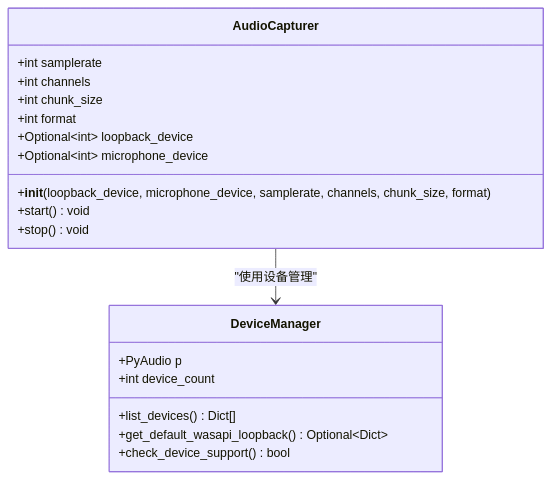
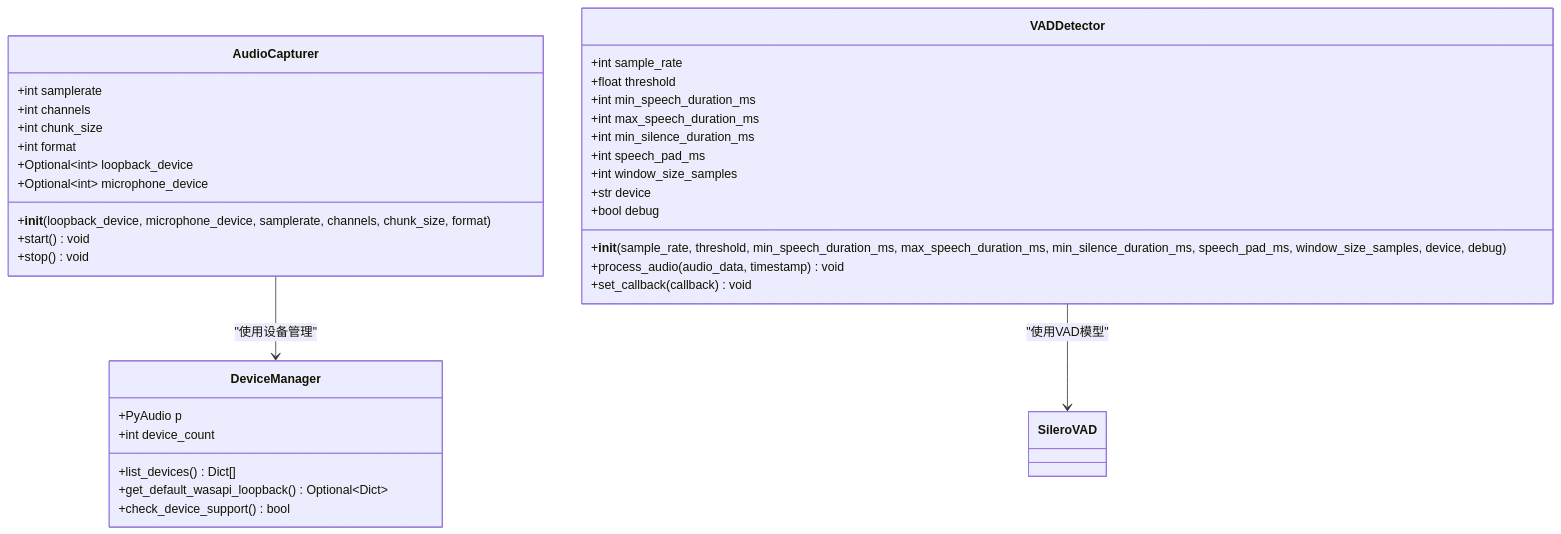
One commit to cir9no/VRChatSocialAssistant changed the third of 6 diagrams in .qoder/repowiki/zh/content/配置管理.md. Above: the diagram before and after it, drawn with Mermaid. The commit also changed other lines of this file and 9 other files, not shown here.

````diff
--- a/.qoder/repowiki/zh/content/配置管理.md
+++ b/.qoder/repowiki/zh/content/配置管理.md
@@ -180,22 +334,37 @@
 ```mermaid
 classDiagram
 class AudioCapturer {
 +int samplerate
 +int channels
 +int chunk_size
 +int format
 +Optional~int~ loopback_device
 +Optional~int~ microphone_device
 +__init__(loopback_device, microphone_device, samplerate, channels, chunk_size, format)
 +start() void
 +stop() void
 }
+class VADDetector {
++int sample_rate
++float threshold
++int min_speech_duration_ms
++int max_speech_duration_ms
++int min_silence_duration_ms
++int speech_pad_ms
++int window_size_samples
++str device
++bool debug
++__init__(sample_rate, threshold, min_speech_duration_ms, max_speech_duration_ms, min_silence_duration_ms, speech_pad_ms, window_size_samples, device, debug)
++process_audio(audio_data, timestamp) void
++set_callback(callback) void
+}
 class DeviceManager {
 +PyAudio p
 +int device_count
 +list_devices() Dict[]
 +get_default_wasapi_loopback() Optional~Dict~
 +check_device_support() bool
 }
 AudioCapturer --> DeviceManager : "使用设备管理"
+VADDetector --> SileroVAD : "使用VAD模型"
 ```
````
